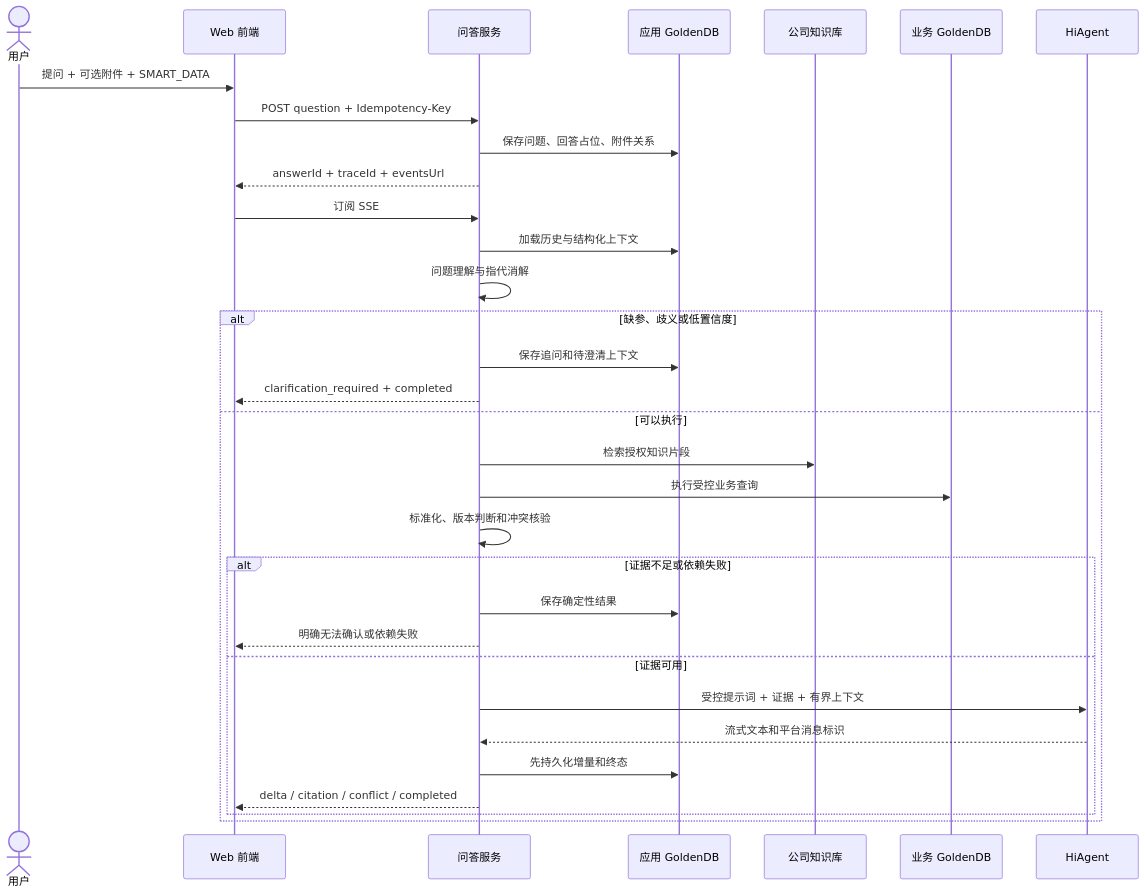
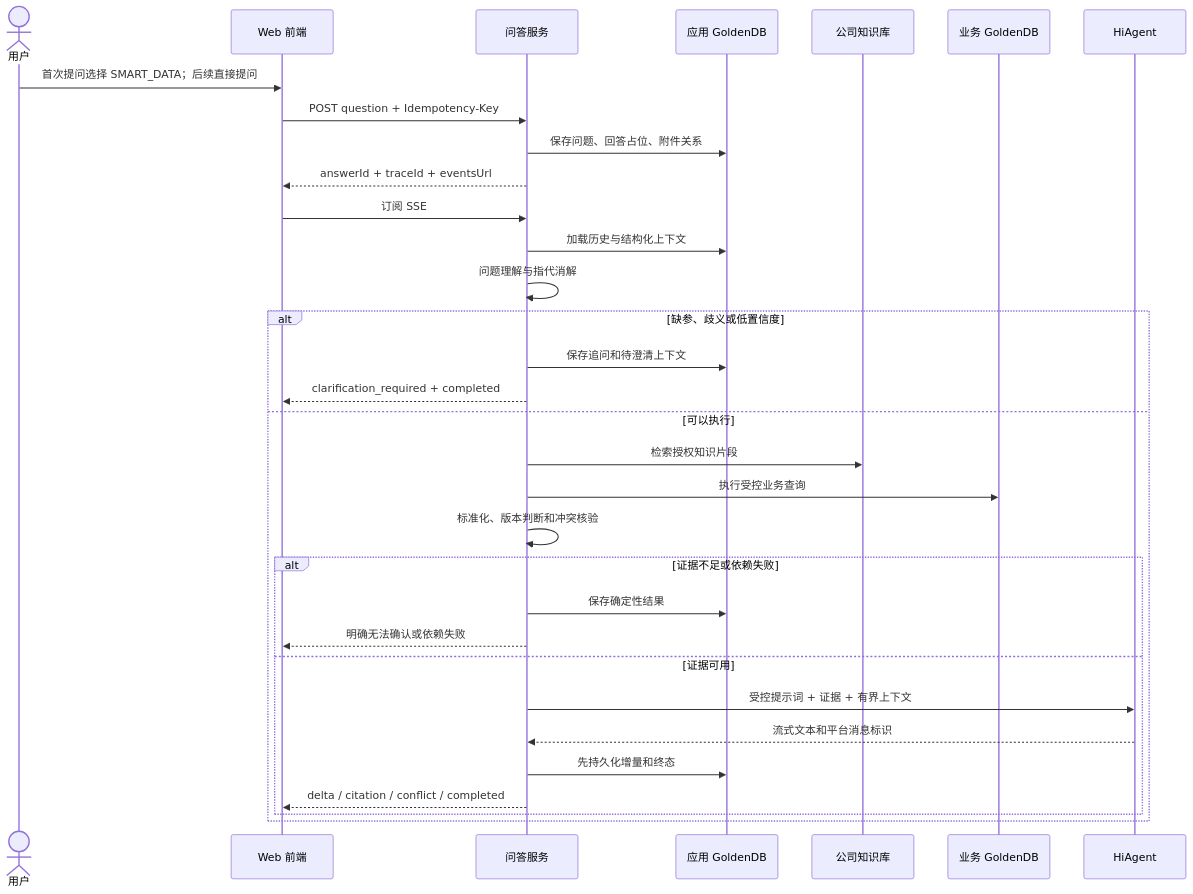
One commit to biscuits-chef/AI-empowerment changed the second of 4 diagrams in docs/technical-solution-design-v2.md. Above: the diagram before and after it, drawn with Mermaid. The commit also changed other lines of this file and 85 other files, not shown here.

````diff
--- a/docs/technical-solution-design-v2.md
+++ b/docs/technical-solution-design-v2.md
@@ -333,35 +330,35 @@
 ```mermaid
 sequenceDiagram
     actor U as 用户
     participant F as Web 前端
     participant Q as 问答服务
     participant D as 应用 GoldenDB
     participant K as 公司知识库
     participant B as 业务 GoldenDB
     participant H as HiAgent
 
-    U->>F: 提问 + 可选附件 + SMART_DATA
+    U->>F: 首次提问选择 SMART_DATA；后续直接提问
     F->>Q: POST question + Idempotency-Key
     Q->>D: 保存问题、回答占位、附件关系
     Q-->>F: answerId + traceId + eventsUrl
     F->>Q: 订阅 SSE
     Q->>D: 加载历史与结构化上下文
     Q->>Q: 问题理解与指代消解
     alt 缺参、歧义或低置信度
         Q->>D: 保存追问和待澄清上下文
         Q-->>F: clarification_required + completed
     else 可以执行
         Q->>K: 检索授权知识片段
         Q->>B: 执行受控业务查询
         Q->>Q: 标准化、版本判断和冲突核验
         alt 证据不足或依赖失败
             Q->>D: 保存确定性结果
             Q-->>F: 明确无法确认或依赖失败
         else 证据可用
             Q->>H: 受控提示词 + 证据 + 有界上下文
             H-->>Q: 流式文本和平台消息标识
             Q->>D: 先持久化增量和终态
             Q-->>F: delta / citation / conflict / completed
         end
     end
 ```
````
